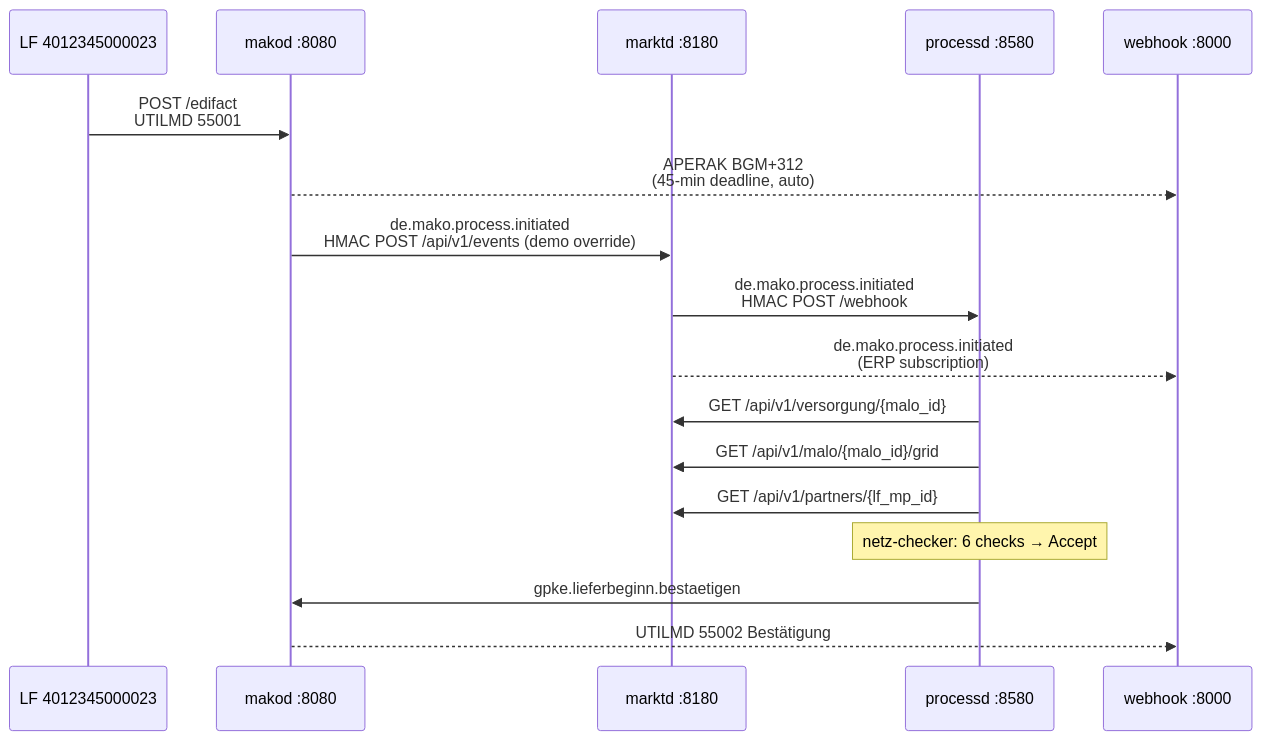
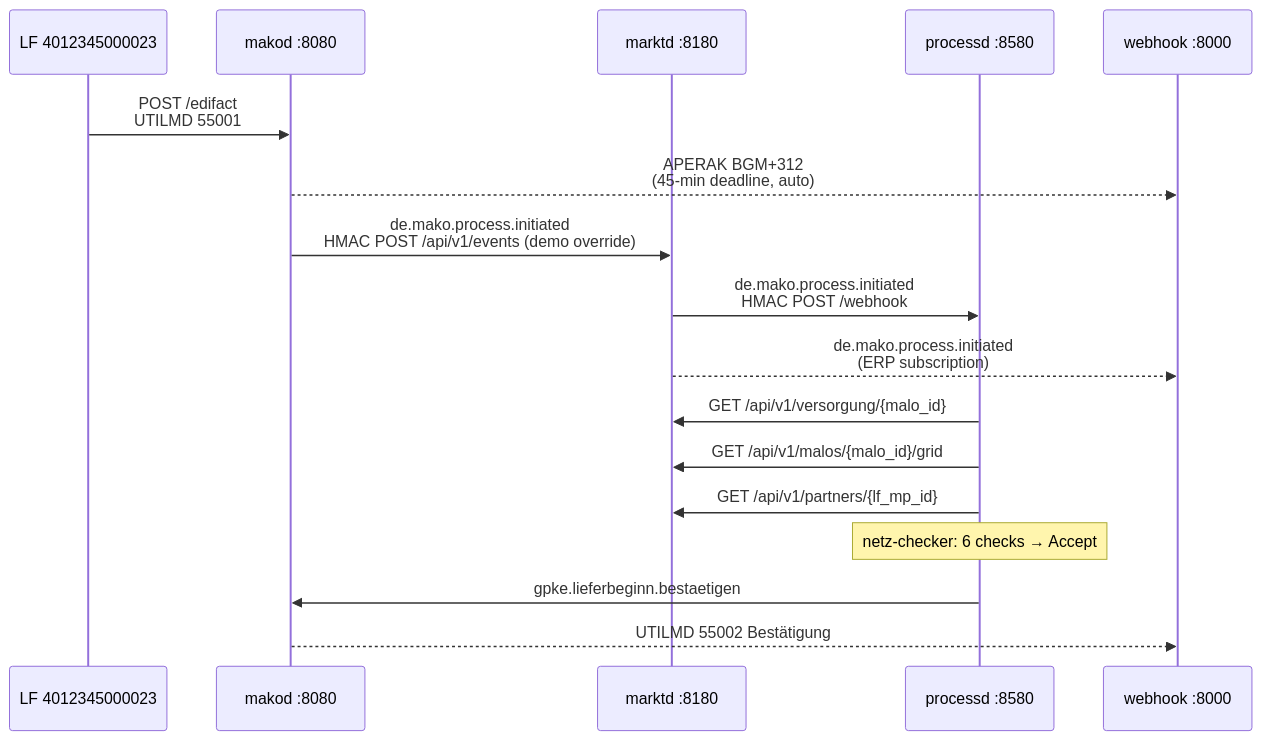
One commit to hupe1980/mako changed the diagram in site/content/docs/guide/getting-started.md. Above: the diagram before and after it, drawn with Mermaid. The commit also changed other lines of this file and 137 other files, not shown here.

````diff
--- a/site/content/docs/guide/getting-started.md
+++ b/site/content/docs/guide/getting-started.md
@@ -23,20 +23,20 @@
 ```mermaid
 sequenceDiagram
     participant LF as LF 4012345000023
     participant makod as makod :8080
     participant marktd as marktd :8180
     participant processd as processd :8580
     participant webhook as webhook :8000
 
     LF->>makod: POST /edifact<br/>UTILMD 55001
     makod-->>webhook: APERAK BGM+312<br/>(45-min deadline, auto)
     makod->>marktd: de.mako.process.initiated<br/>HMAC POST /api/v1/events (demo override)
     marktd->>processd: de.mako.process.initiated<br/>HMAC POST /webhook
     marktd-->>webhook: de.mako.process.initiated<br/>(ERP subscription)
     processd->>marktd: GET /api/v1/versorgung/{malo_id}
-    processd->>marktd: GET /api/v1/malo/{malo_id}/grid
+    processd->>marktd: GET /api/v1/malos/{malo_id}/grid
     processd->>marktd: GET /api/v1/partners/{lf_mp_id}
     Note over processd: netz-checker: 6 checks → Accept
     processd->>makod: gpke.lieferbeginn.bestaetigen
     makod-->>webhook: UTILMD 55002 Bestätigung
 ```
````
